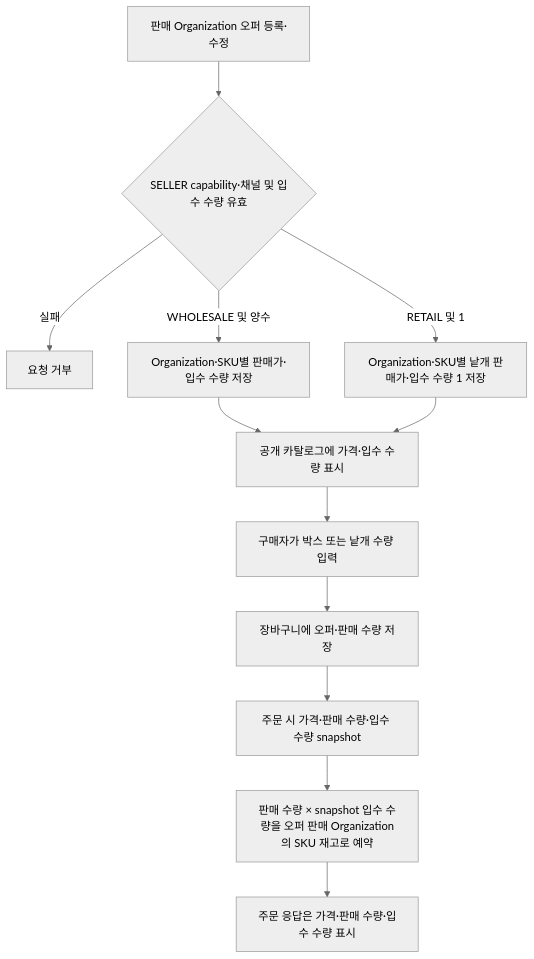
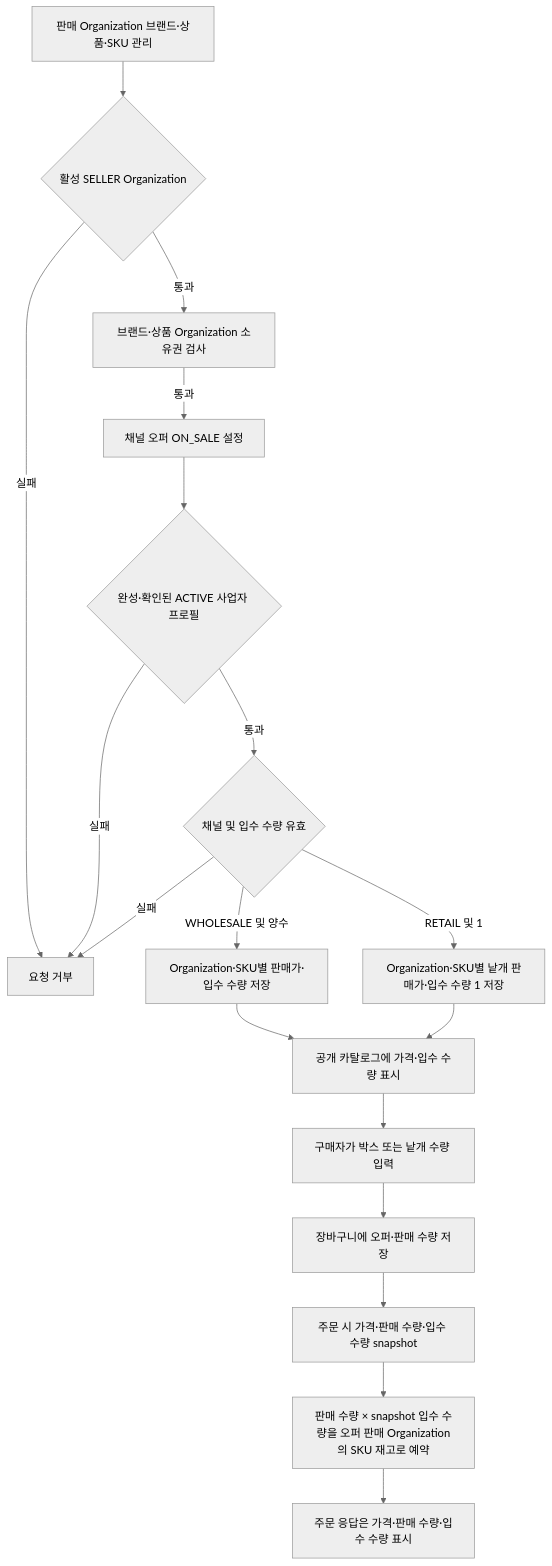
One commit to DongHyeonEom/umji-market-api changed the second of 2 diagrams in docs/services/catalog.md. Above: the diagram before and after it, drawn with Mermaid (neutral theme). The commit also changed other lines of this file and 21 other files, not shown here.

````diff
--- a/docs/services/catalog.md
+++ b/docs/services/catalog.md
@@ -86,14 +91,20 @@
 ```mermaid
 flowchart TD
-    SELLER[판매 Organization 오퍼 등록·수정] --> VALIDATE{SELLER capability·채널 및 입수 수량 유효}
-    VALIDATE -- 실패 --> REJECT[요청 거부]
+    SELLER[판매 Organization 브랜드·상품·SKU 관리] --> CAPABILITY{활성 SELLER Organization}
+    CAPABILITY -- 실패 --> REJECT[요청 거부]
+    CAPABILITY -- 통과 --> OWNER[브랜드·상품 Organization 소유권 검사]
+    OWNER -- 통과 --> OFFER[채널 오퍼 ON_SALE 설정]
+    OFFER --> PROFILE{완성·확인된 ACTIVE 사업자 프로필}
+    PROFILE -- 실패 --> REJECT
+    PROFILE -- 통과 --> VALIDATE{채널 및 입수 수량 유효}
+    VALIDATE -- 실패 --> REJECT
     VALIDATE -- WHOLESALE 및 양수 --> SAVEBOX[Organization·SKU별 판매가·입수 수량 저장]
     VALIDATE -- RETAIL 및 1 --> SAVEUNIT[Organization·SKU별 낱개 판매가·입수 수량 1 저장]
     SAVEBOX --> CATALOG[공개 카탈로그에 가격·입수 수량 표시]
     SAVEUNIT --> CATALOG
     CATALOG --> BUYER[구매자가 박스 또는 낱개 수량 입력]
     BUYER --> CART[장바구니에 오퍼·판매 수량 저장]
     CART --> CHECKOUT[주문 시 가격·판매 수량·입수 수량 snapshot]
     CHECKOUT --> RESERVE[판매 수량 × snapshot 입수 수량을 오퍼 판매 Organization의 SKU 재고로 예약]
     RESERVE --> ORDER[주문 응답은 가격·판매 수량·입수 수량 표시]
 ```
````
